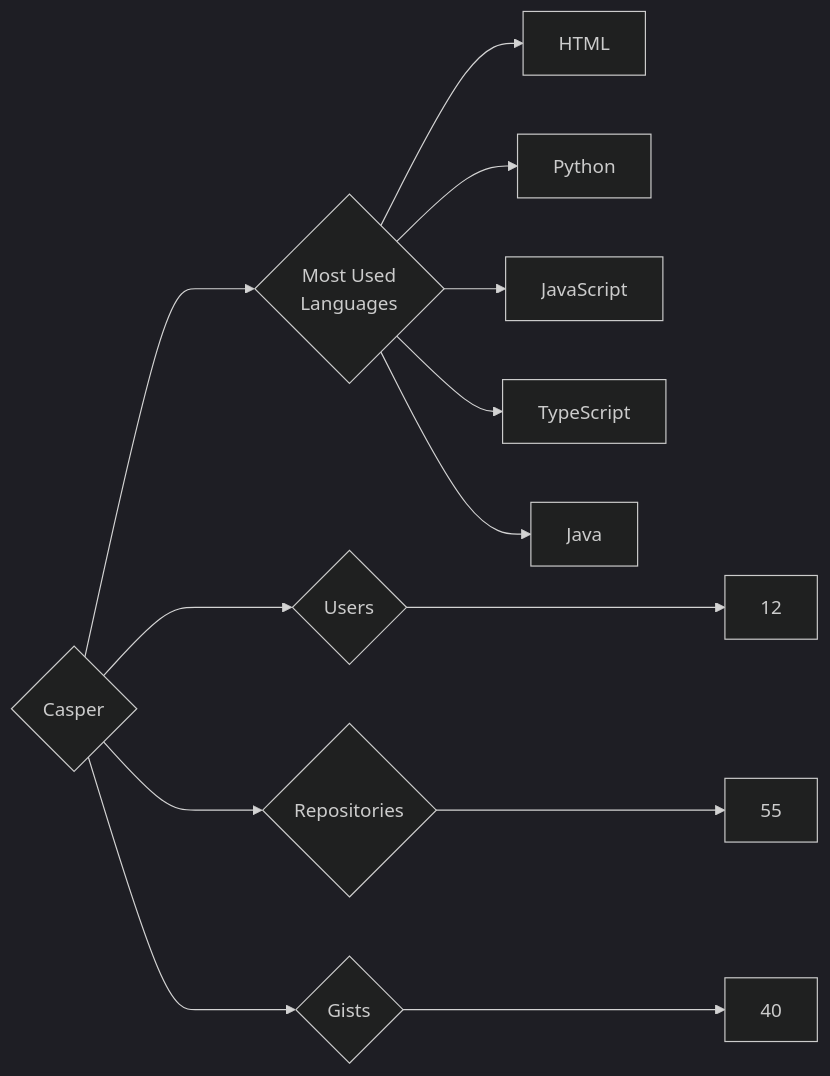
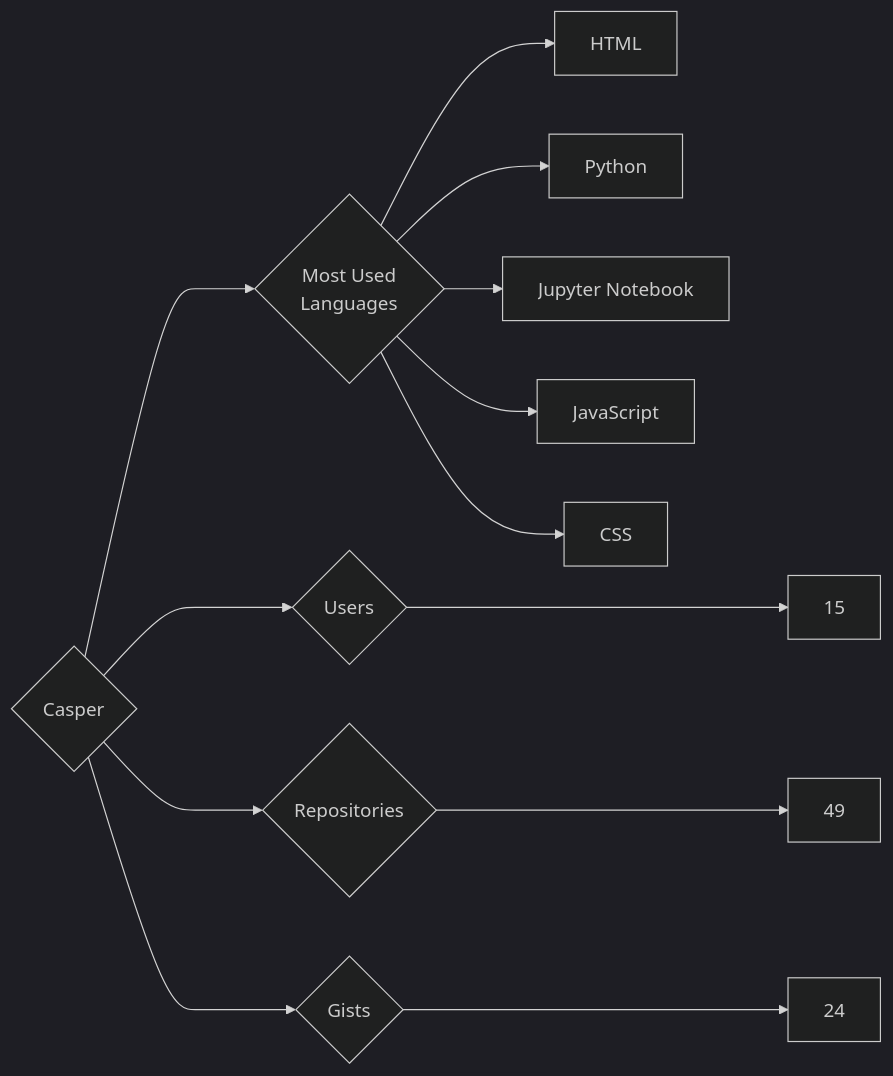
Before and after one commit to trickest/insiders: the diagram in targets/Casper/README.md, drawn with Mermaid (dark theme). The commit also changed 757 other files, not shown here.

````diff
--- a/targets/Casper/README.md
+++ b/targets/Casper/README.md
@@ -3,13 +3,13 @@
 ```mermaid
 graph LR
 COMPANY_NAME{Casper}
-COMPANY_NAME ---> U{Users} ---> UN[12]
-COMPANY_NAME ---> R{Repositories} ---> RN[55]
-COMPANY_NAME ---> G{Gists} ---> GN[40]
+COMPANY_NAME ---> U{Users} ---> UN[15]
+COMPANY_NAME ---> R{Repositories} ---> RN[49]
+COMPANY_NAME ---> G{Gists} ---> GN[24]
 COMPANY_NAME ---> ML{Most Used<br>Languages}
 ML --> HTML[HTML]
 ML --> Python[Python]
+ML --> Jupyter_Notebook[Jupyter Notebook]
 ML --> JavaScript[JavaScript]
-ML --> TypeScript[TypeScript]
-ML --> Java[Java]
+ML --> CSS[CSS]
 ```
````
